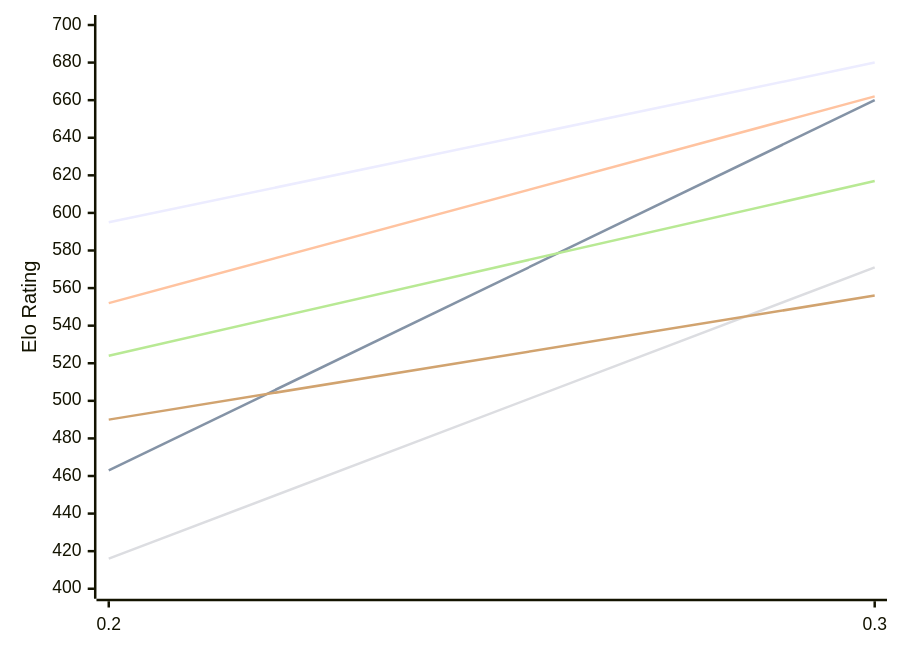
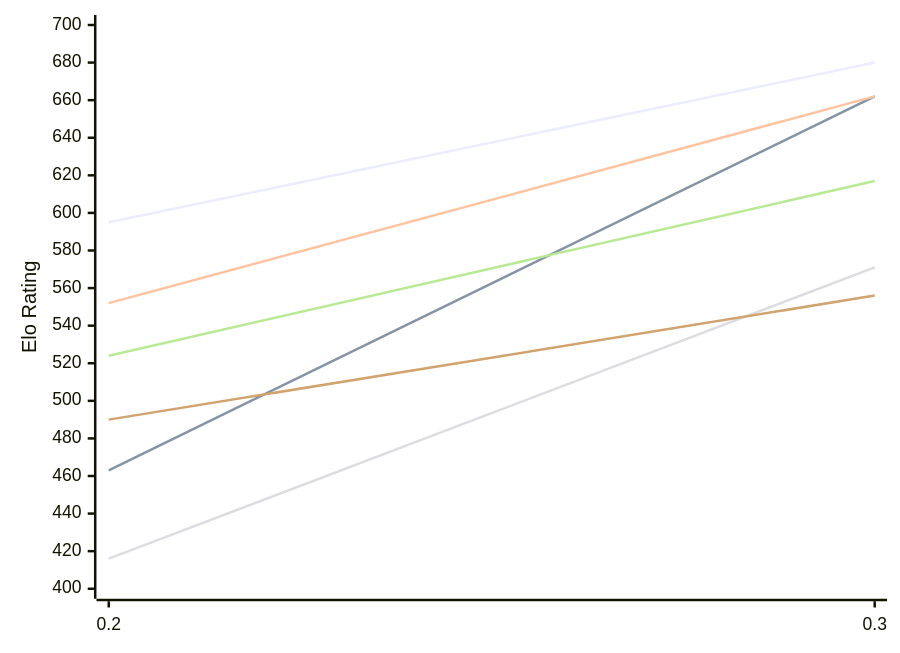
One commit to computer-chess-index/cci changed the first of 2 diagrams in engines/Magpie.md. Above: the diagram before and after it, drawn with Mermaid. The commit also changed other lines of this file, not shown here.

````diff
--- a/engines/Magpie.md
+++ b/engines/Magpie.md
@@ -50,12 +50,12 @@
 ```mermaid
 %%{init: {"theme":"base","themeVariables":{"seriesColors:['#a3a3a3','#222221','#faa371']}}}%%
 xychart-beta
   x-axis ["0.2", "0.3"]
   y-axis "Elo Rating" 400 --> 700
   line "E1: STC (8.0+0.08s)" [595, 680]
-  line "E1: LTC (60.0+0.60s)" [463, 660]
+  line "E1: LTC (60.0+0.60s)" [463, 662]
   line "E1: VLTC (2m24s+1.12s)" [552, 662]
   line "P1: STC (8.0+0.08s)" [416, 571]
   line "P1: LTC (60.0+0.60s)" [524, 617]
   line "P1: VLTC (2m24s+1.12s)" [490, 556]
 ```
````
